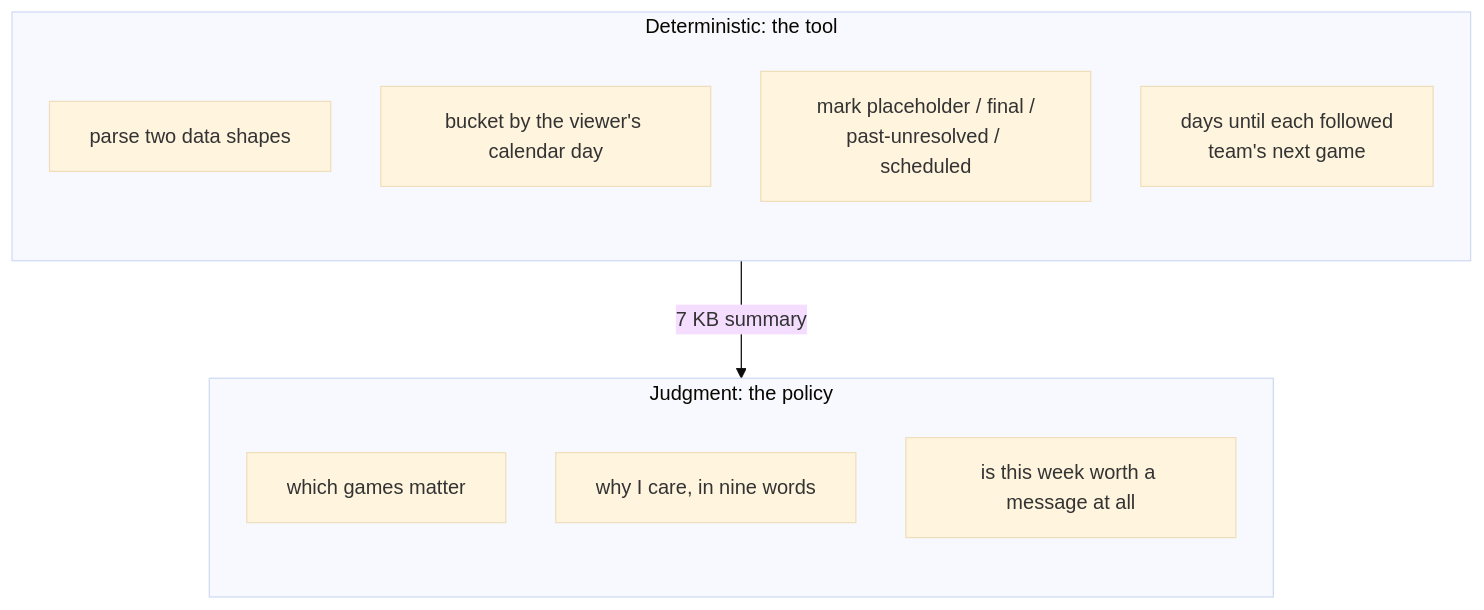
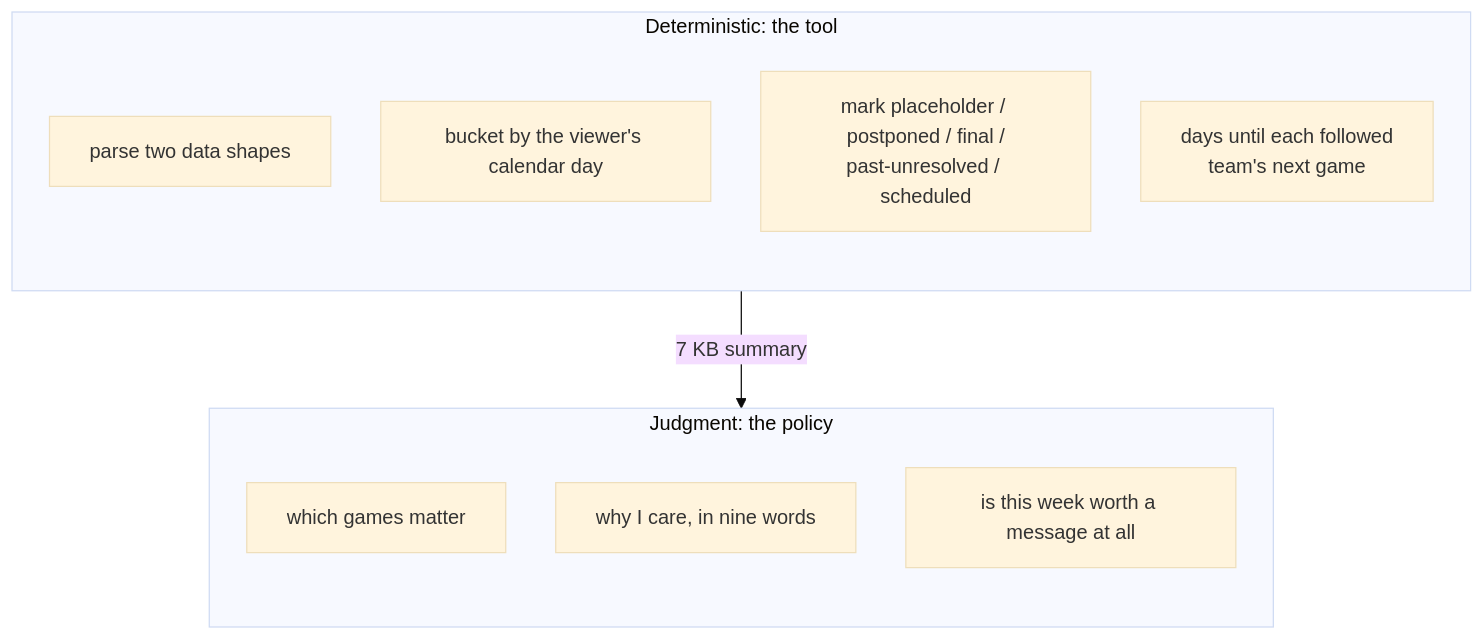
One commit to ismayc/never-miss-a-game changed the second of 2 diagrams in HOW-IT-FITS-TOGETHER.md. Above: the diagram before and after it, drawn with Mermaid (base theme). The commit also changed other lines of this file and 6 other files, not shown here.

````diff
--- a/HOW-IT-FITS-TOGETHER.md
+++ b/HOW-IT-FITS-TOGETHER.md
@@ -40,18 +40,18 @@
 ```mermaid
 %%{init: {"flowchart": {"nodeSpacing": 40, "rankSpacing": 70, "padding": 16}}}%%
 flowchart TD
     subgraph det["Deterministic: the tool"]
         direction TB
         d1["parse two data shapes"]
         d2["bucket by the viewer's calendar day"]
-        d3["mark placeholder / final /<br/>past-unresolved / scheduled"]
+        d3["mark placeholder / postponed / final /<br/>past-unresolved / scheduled"]
         d4["days until each followed<br/>team's next game"]
     end
     subgraph jud["Judgment: the policy"]
         direction TB
         j1["which games matter"]
         j2["why I care, in nine words"]
         j3["is this week worth a message at all"]
     end
     det -- "7 KB summary" --> jud
 ```
````
